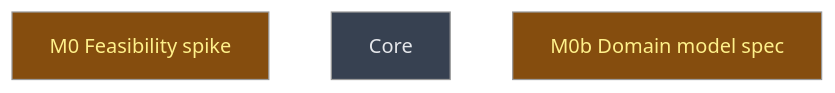
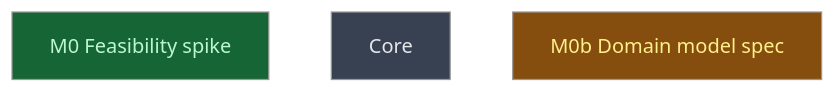
One commit to CrackingShells/cracking-shells-playbook changed the diagram in __roadmap__/roadmap-mcp-rework/README.md. Above: the diagram before and after it, drawn with Mermaid (neutral theme). The commit also changed other lines of this file, not shown here.

Commit message:
chore(roadmap): mark the m0 feasibility spike done
The spike campaign, its findings report and its knowledge-transfer
report are merged.

````diff
--- a/__roadmap__/roadmap-mcp-rework/README.md
+++ b/__roadmap__/roadmap-mcp-rework/README.md
@@ -36,11 +36,11 @@
 ```mermaid
 graph TD
-    m0_feasibility_spike[M0 Feasibility spike]:::inprogress
+    m0_feasibility_spike[M0 Feasibility spike]:::done
     core[Core]:::planned
     m0b_domain_model_spec[M0b Domain model spec]:::inprogress
     classDef done       fill:#166534,color:#bbf7d0
     classDef inprogress fill:#854d0e,color:#fef08a
     classDef planned    fill:#374151,color:#e5e7eb
     classDef amendment  fill:#1e3a5f,color:#bfdbfe
     classDef blocked    fill:#7f1d1d,color:#fecaca
 ```
````
